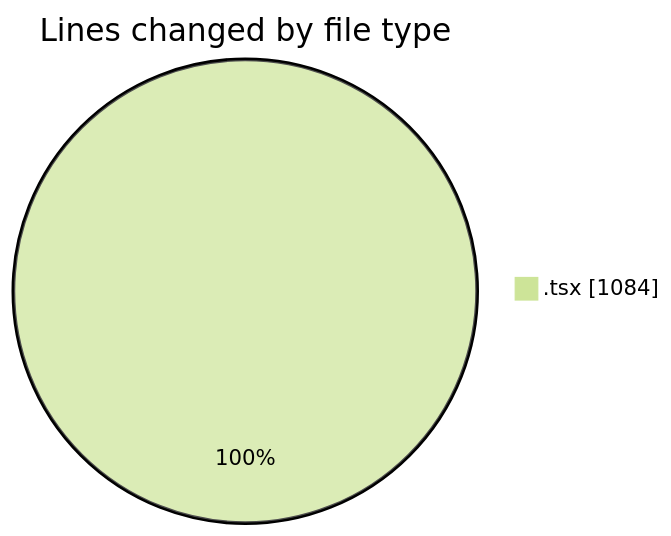
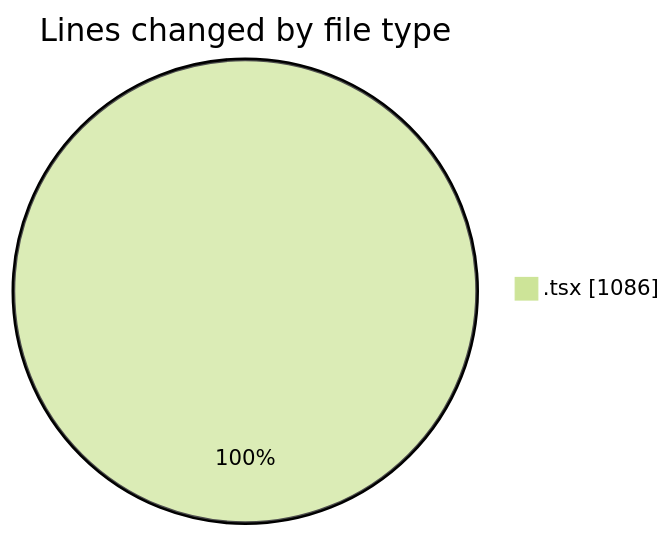
The first of 2 diagrams in 2026-05-19/nxtqube_webapp/README.md (nxtqubesakshisongat/code-tracking), drawn with Mermaid (forest theme) before and after one commit. The commit also changed other lines of this file and 1 other file, not shown here.

````diff
--- a/2026-05-19/nxtqube_webapp/README.md
+++ b/2026-05-19/nxtqube_webapp/README.md
@@ -25,5 +25,5 @@
 ```mermaid
 pie showData
 title Lines changed by file type
-".tsx" : 1084
+".tsx" : 1086
 ```
````
